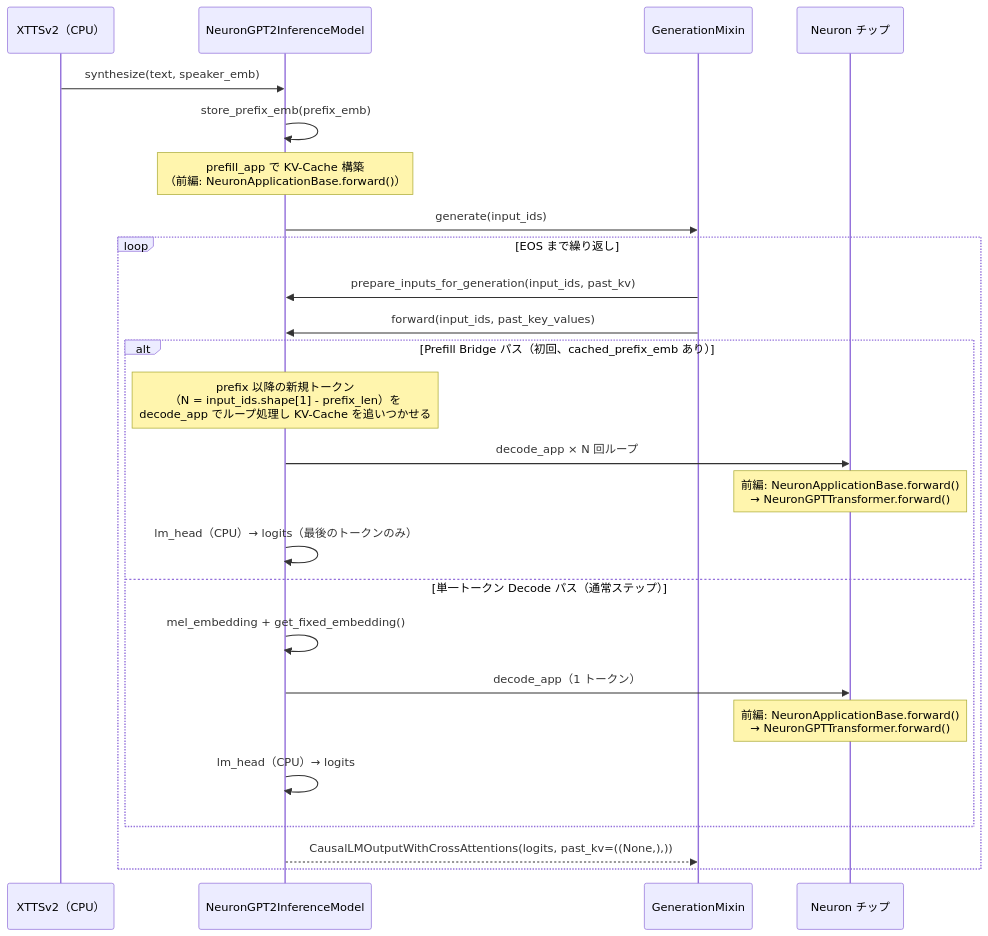
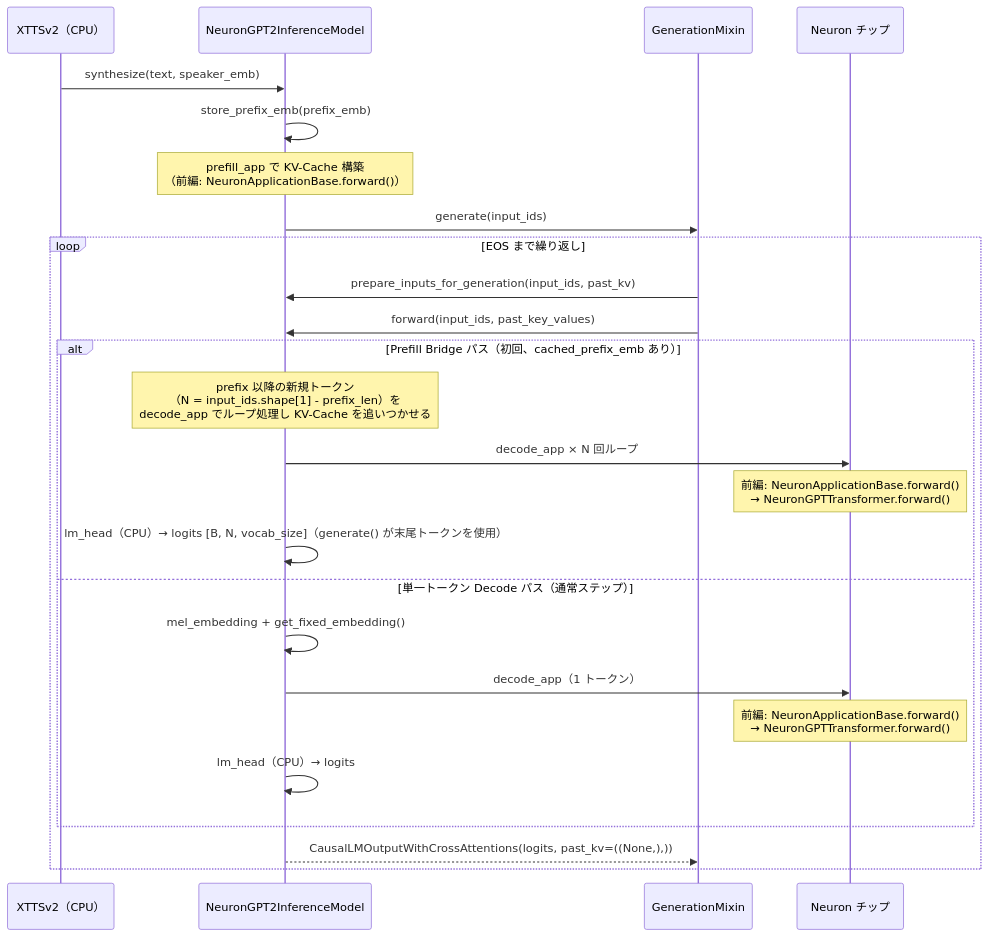
One commit to littlemex/zenn changed the fourth of 6 diagrams in articles/ffc359901ea1cc.md. Above: the diagram before and after it, drawn with Mermaid. The commit also changed other lines of this file, not shown here.

````diff
--- a/articles/ffc359901ea1cc.md
+++ b/articles/ffc359901ea1cc.md
@@ -261,29 +261,29 @@
 ```mermaid
 sequenceDiagram
     participant XTTS as XTTSv2（CPU）
     participant GPT as NeuronGPT2InferenceModel
     participant HF as GenerationMixin
     participant Neuron as Neuron チップ
 
     XTTS->>GPT: synthesize(text, speaker_emb)
     GPT->>GPT: store_prefix_emb(prefix_emb)
     Note over GPT: prefill_app で KV-Cache 構築<br/>（前編: NeuronApplicationBase.forward()）
     GPT->>HF: generate(input_ids)
 
     loop EOS まで繰り返し
         HF->>GPT: prepare_inputs_for_generation(input_ids, past_kv)
         HF->>GPT: forward(input_ids, past_key_values)
         alt Prefill Bridge パス（初回、cached_prefix_emb あり）
             Note over GPT: prefix 以降の新規トークン<br/>（N = input_ids.shape[1] - prefix_len）を<br/>decode_app でループ処理し KV-Cache を追いつかせる
             GPT->>Neuron: decode_app × N 回ループ
             Note over Neuron: 前編: NeuronApplicationBase.forward()<br/>→ NeuronGPTTransformer.forward()
-            GPT->>GPT: lm_head（CPU）→ logits（最後のトークンのみ）
+            GPT->>GPT: lm_head（CPU）→ logits [B, N, vocab_size]（generate() が末尾トークンを使用）
         else 単一トークン Decode パス（通常ステップ）
             GPT->>GPT: mel_embedding + get_fixed_embedding()
             GPT->>Neuron: decode_app（1 トークン）
             Note over Neuron: 前編: NeuronApplicationBase.forward()<br/>→ NeuronGPTTransformer.forward()
             GPT->>GPT: lm_head（CPU）→ logits
         end
         GPT-->>HF: CausalLMOutputWithCrossAttentions(logits, past_kv=((None,),))
     end
 ```
````
